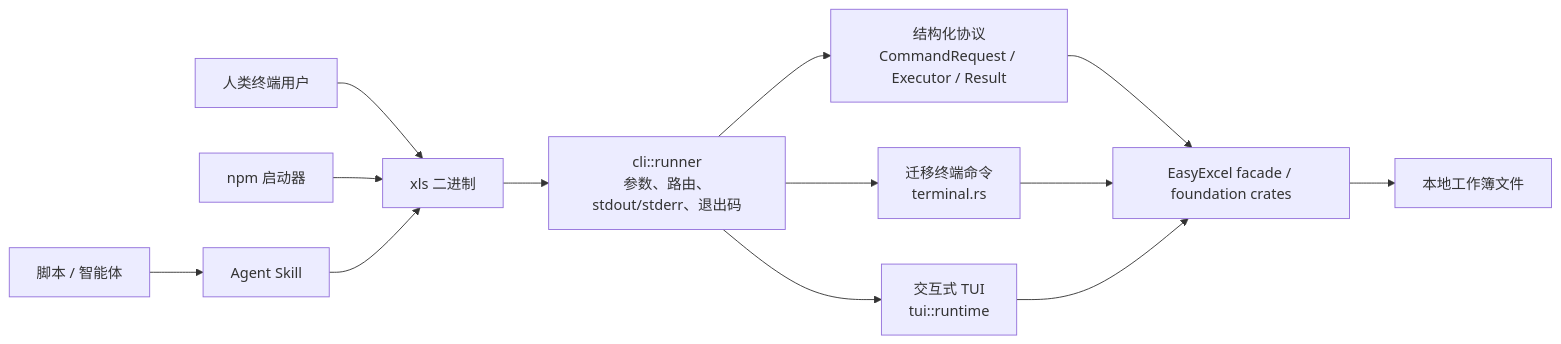
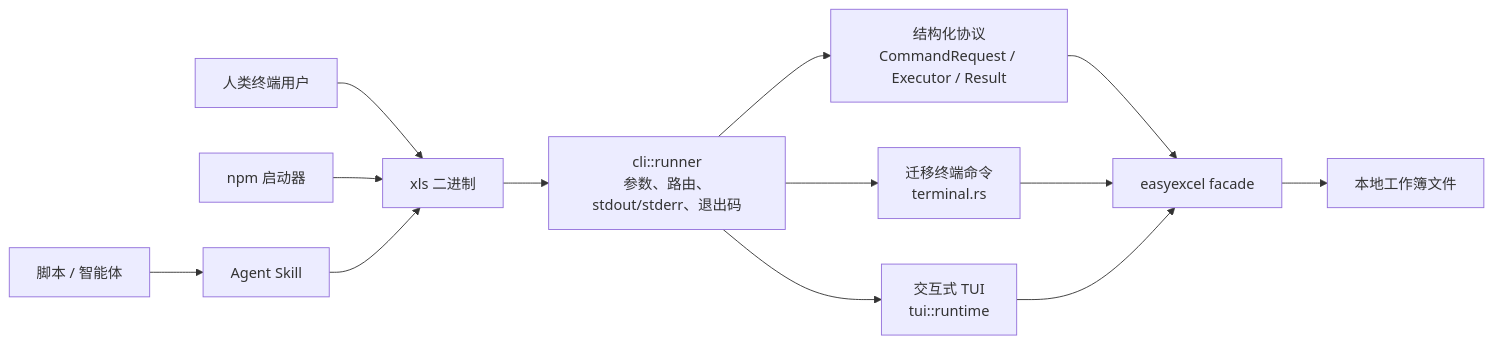
The first of 3 diagrams in docs/XlsCli-Architecture.zh_CN.md (easy-4-rust/xls-cli), drawn with Mermaid before and after one commit. The commit also changed other lines of this file and 25 other files, not shown here.

````diff
--- a/docs/XlsCli-Architecture.zh_CN.md
+++ b/docs/XlsCli-Architecture.zh_CN.md
@@ -35,16 +35,16 @@
 ```mermaid
 flowchart LR
     A["脚本 / 智能体"] --> S["Agent Skill"]
     H["人类终端用户"] --> X["xls 二进制"]
     N["npm 启动器"] --> X
     S --> X
 
     X --> R["cli::runner\n参数、路由、stdout/stderr、退出码"]
     R --> P["结构化协议\nCommandRequest / Executor / Result"]
     R --> T["迁移终端命令\nterminal.rs"]
     R --> U["交互式 TUI\ntui::runtime"]
-    P --> E["EasyExcel facade / foundation crates"]
+    P --> E["easyexcel facade"]
     T --> E
     U --> E
     E --> F["本地工作簿文件"]
 ```
````
